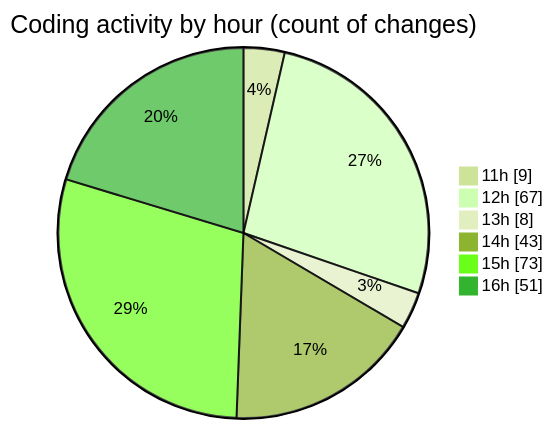
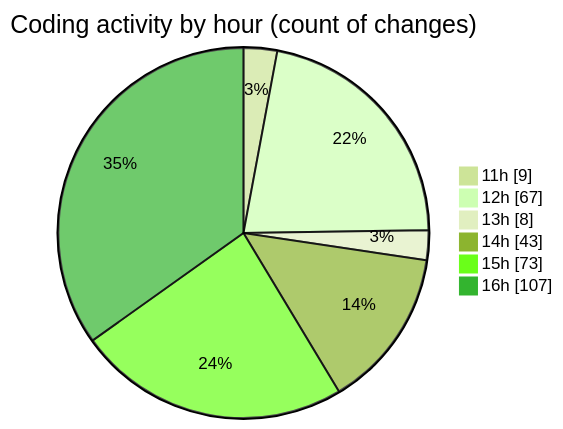
Before and after one commit to nxtqubesakshisongat/code-tracking: the second of 2 diagrams in 2026-08-23/nxtqube_webapp/README.md, drawn with Mermaid (forest theme). The commit also changed other lines of this file and 1 other file, not shown here.

````diff
--- a/2026-08-23/nxtqube_webapp/README.md
+++ b/2026-08-23/nxtqube_webapp/README.md
@@ -103,10 +118,10 @@
 ```mermaid
 pie showData
 title Coding activity by hour (count of changes)
 "11h" : 9
 "12h" : 67
 "13h" : 8
 "14h" : 43
 "15h" : 73
-"16h" : 51
+"16h" : 107
 ```
````
